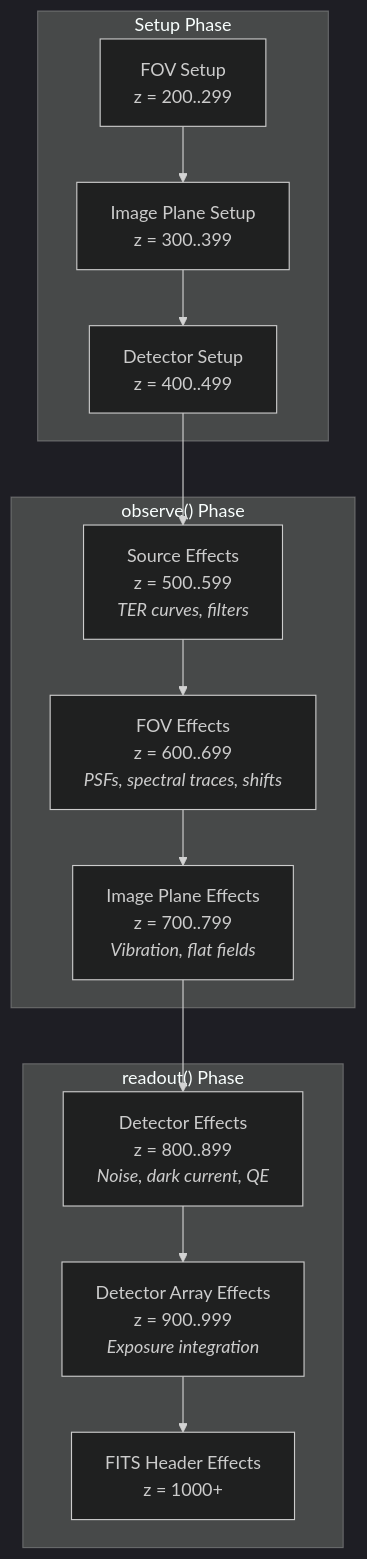
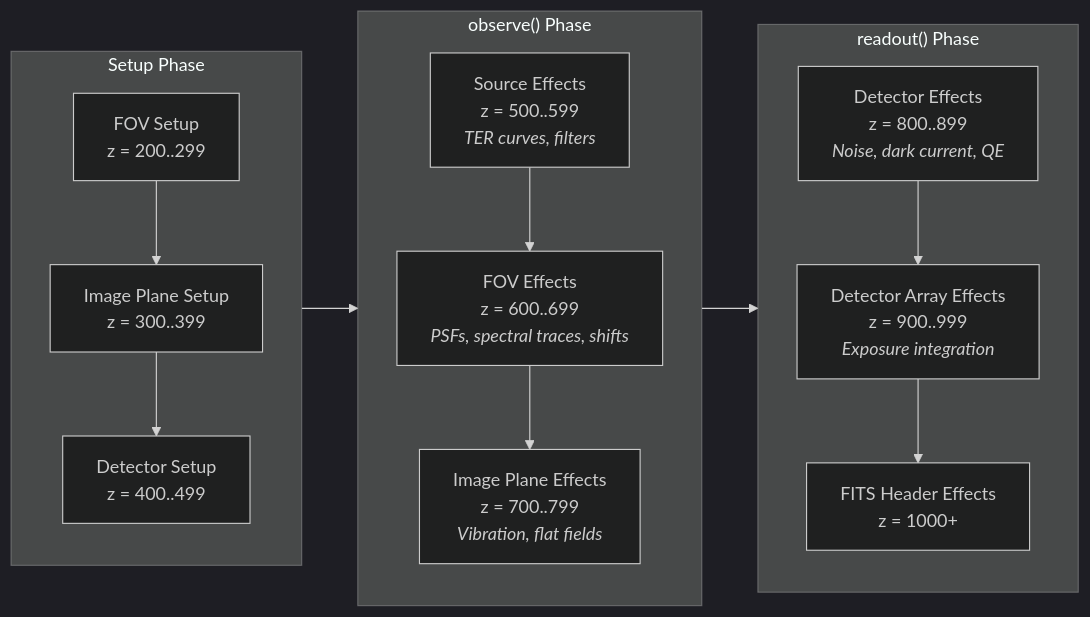
One commit to AstarVienna/ScopeSim changed the diagram in docs/source/effects/overview.md. Above: the diagram before and after it, drawn with Mermaid. The commit also changed other lines of this file, not shown here.

Commit message:
Fix Mermaid diagram layout, reorder sections, add IRDB note in overview
- Use flowchart LR with <br/> for line breaks so the three pipeline
  phases render side by side
- Move Effect Categories to the end of the page
- Add a note box in YAML Configuration pointing to the IRDB for
  real-world examples

````diff
--- a/docs/source/effects/overview.md
+++ b/docs/source/effects/overview.md
@@ -49,20 +49,27 @@
 ```{mermaid}
 %%{init: {"theme": "dark"} }%%
-flowchart TB
+flowchart LR
     subgraph Setup ["Setup Phase"]
-        S1["FOV Setup\nz = 200..299"]
-        S2["Image Plane Setup\nz = 300..399"]
-        S3["Detector Setup\nz = 400..499"]
+        direction TB
+        S1["FOV Setup<br/>z = 200..299"]
+        S2["Image Plane Setup<br/>z = 300..399"]
+        S3["Detector Setup<br/>z = 400..499"]
+        S1 --> S2 --> S3
     end
     subgraph Observe ["observe() Phase"]
-        O1["Source Effects\nz = 500..599\n<i>TER curves, filters</i>"]
-        O2["FOV Effects\nz = 600..699\n<i>PSFs, spectral traces, shifts</i>"]
-        O3["Image Plane Effects\nz = 700..799\n<i>Vibration, flat fields</i>"]
+        direction TB
+        O1["Source Effects<br/>z = 500..599<br/><i>TER curves, filters</i>"]
+        O2["FOV Effects<br/>z = 600..699<br/><i>PSFs, spectral traces, shifts</i>"]
+        O3["Image Plane Effects<br/>z = 700..799<br/><i>Vibration, flat fields</i>"]
+        O1 --> O2 --> O3
     end
     subgraph Readout ["readout() Phase"]
-        R1["Detector Effects\nz = 800..899\n<i>Noise, dark current, QE</i>"]
-        R2["Detector Array Effects\nz = 900..999\n<i>Exposure integration</i>"]
-        R3["FITS Header Effects\nz = 1000+"]
+        direction TB
+        R1["Detector Effects<br/>z = 800..899<br/><i>Noise, dark current, QE</i>"]
+        R2["Detector Array Effects<br/>z = 900..999<br/><i>Exposure integration</i>"]
+        R3["FITS Header Effects<br/>z = 1000+"]
+        R1 --> R2 --> R3
     end
-    S1 --> S2 --> S3 --> O1 --> O2 --> O3 --> R1 --> R2 --> R3
+    S3 --> O1
+    O3 --> R1
 ```
````
